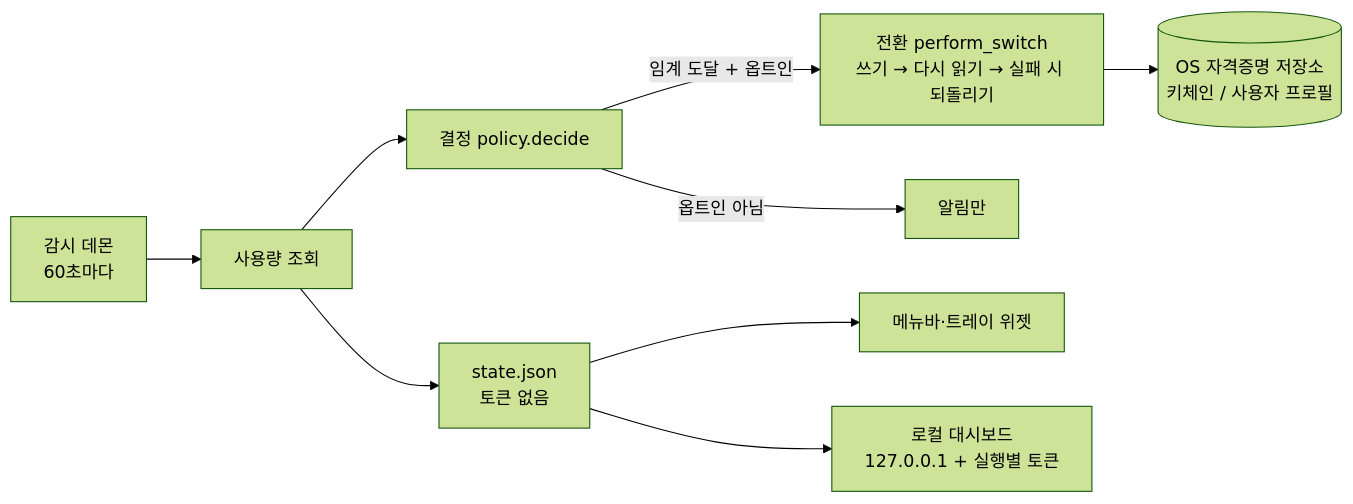
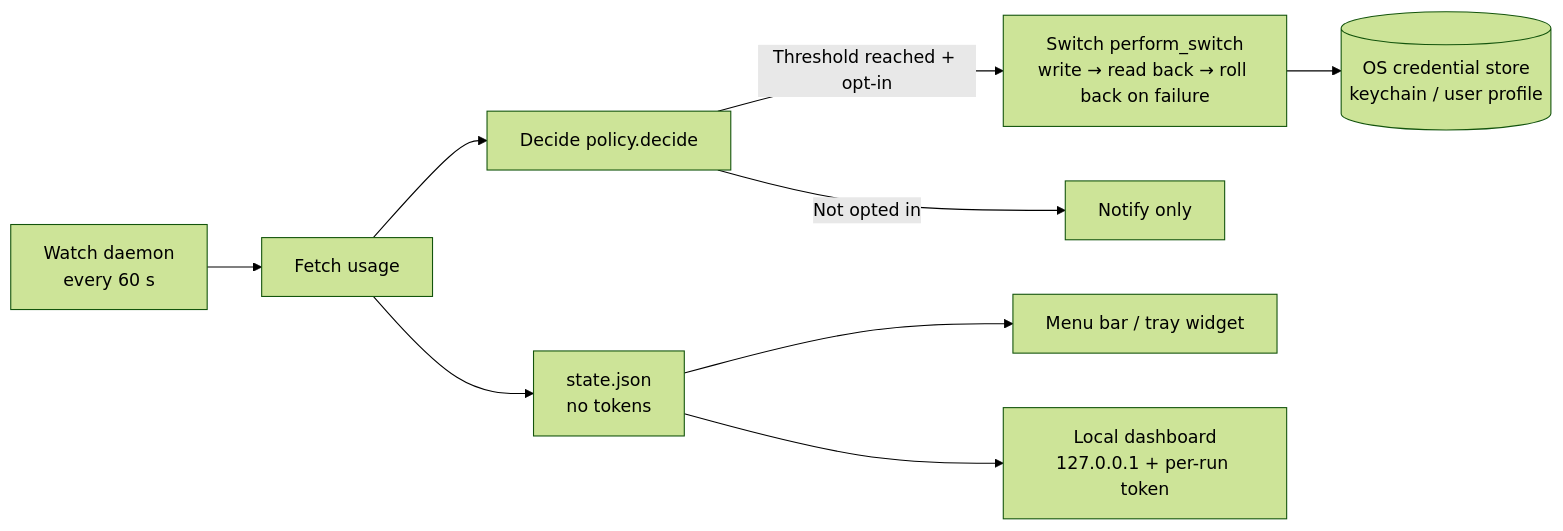
One commit to LeeGyeongPil/limitpilot changed the diagram in README.md. Above: the diagram before and after it, drawn with Mermaid (forest theme). The commit also changed other lines of this file and 2 other files, not shown here.

````diff
--- a/README.md
+++ b/README.md
@@ -330,11 +331,11 @@
 ```mermaid
 flowchart LR
-    D["감시 데몬<br/>60초마다"] --> U["사용량 조회"]
-    U --> P["결정 policy.decide"]
-    P -->|"임계 도달 + 옵트인"| S["전환 perform_switch<br/>쓰기 → 다시 읽기 → 실패 시 되돌리기"]
-    P -->|"옵트인 아님"| N["알림만"]
-    S --> K[("OS 자격증명 저장소<br/>키체인 / 사용자 프로필")]
-    U --> ST["state.json<br/>토큰 없음"]
-    ST --> W["메뉴바·트레이 위젯"]
-    ST --> B["로컬 대시보드<br/>127.0.0.1 + 실행별 토큰"]
+    D["Watch daemon<br/>every 60 s"] --> U["Fetch usage"]
+    U --> P["Decide policy.decide"]
+    P -->|"Threshold reached + opt-in"| S["Switch perform_switch<br/>write → read back → roll back on failure"]
+    P -->|"Not opted in"| N["Notify only"]
+    S --> K[("OS credential store<br/>keychain / user profile")]
+    U --> ST["state.json<br/>no tokens"]
+    ST --> W["Menu bar / tray widget"]
+    ST --> B["Local dashboard<br/>127.0.0.1 + per-run token"]
 ```
````
